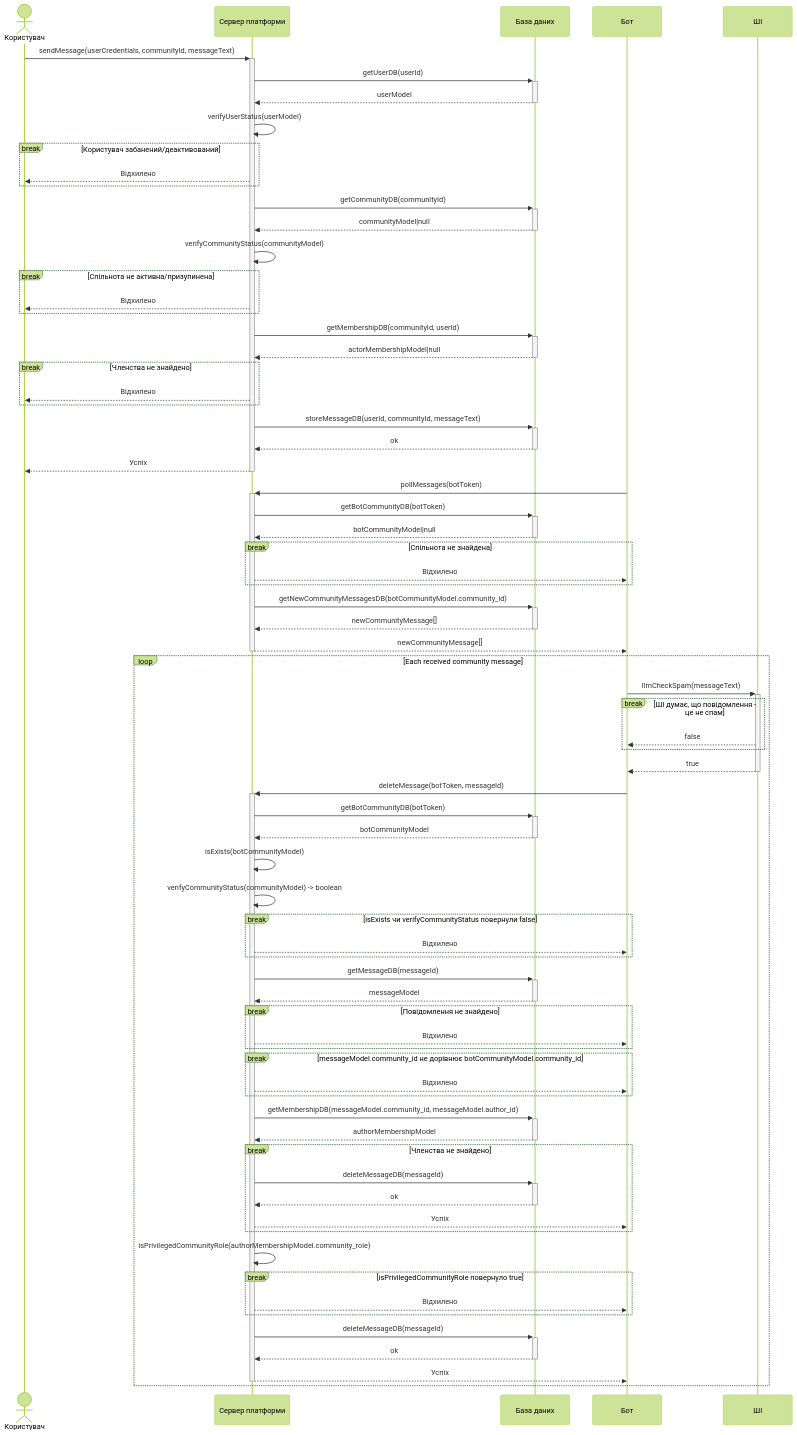
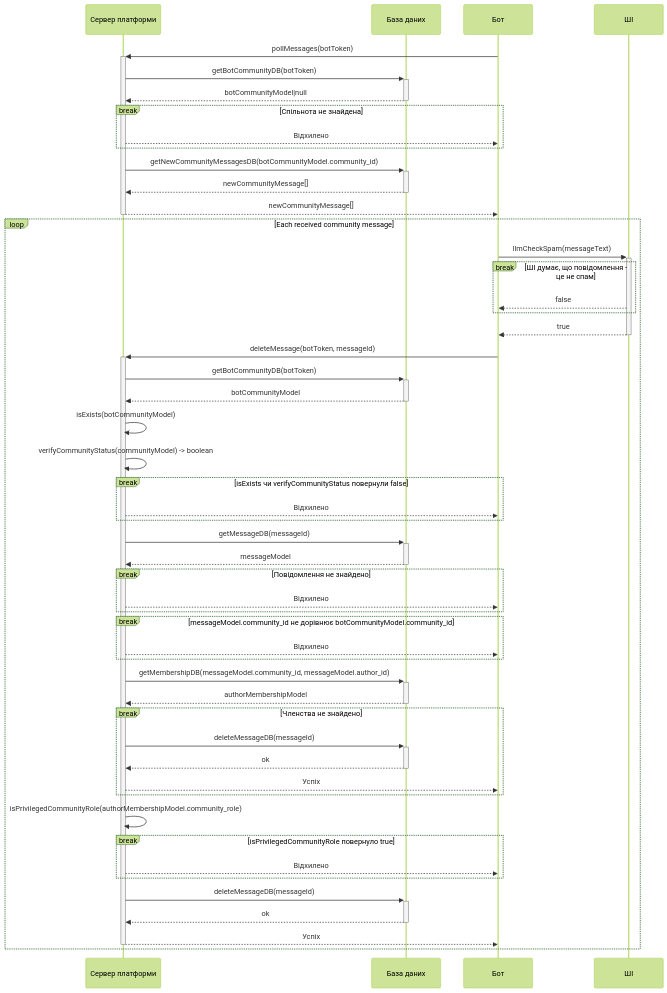
Before and after one commit to devl0g/KPI_lab3: the diagram in models/sequences/us3.mmd, drawn with Mermaid (forest theme). The commit also changed 1 other file, not shown here.

Commit message:
fix: sequence diagram beyond us3

```diff
--- a/models/sequences/us3.mmd
+++ b/models/sequences/us3.mmd
@@ -1,95 +1,66 @@
 sequenceDiagram
-  actor User as Користувач
   participant Server as Сервер платформи
   participant DB as База даних
   participant Bot as Бот
   participant LLM as ШІ
   
-  User->>+Server: sendMessage(userCredentials, communityId, messageText)
-  Server->>+DB: getUserDB(userId)
-  DB-->>-Server: userModel
-  Server->>Server: verifyUserStatus(userModel)
-
-  break Користувач забанений/деактивований
-    Server-->>User: Відхилено
-  end
-
-  Server->>+DB: getCommunityDB(communityId)
-  DB-->>-Server: communityModel|null
-  Server->>Server: verifyCommunityStatus(communityModel)
-
-  break Спільнота не активна/призупинена
-    Server-->>User: Відхилено
-  end
-
-  Server->>+DB: getMembershipDB(communityId, userId)
-  DB-->>-Server: actorMembershipModel|null
-
-  break Членства не знайдено
-    Server-->>User: Відхилено
-  end
-
-  Server->>+DB: storeMessageDB(userId, communityId, messageText)
-  DB-->>-Server: ok
-  Server-->>-User: Успіх
-
   Bot->>+Server: pollMessages(botToken)
   Server->>+DB: getBotCommunityDB(botToken)
   DB-->>-Server: botCommunityModel|null
 
   break Спільнота не знайдена
     Server-->>Bot: Відхилено
   end
 
   Server->>+DB: getNewCommunityMessagesDB(botCommunityModel.community_id)
   DB-->>-Server: newCommunityMessage[]
   Server-->>-Bot: newCommunityMessage[]
 
   loop Each received community message
     Bot->>+LLM: llmCheckSpam(messageText)
     break ШІ думає, що повідомлення - це не спам
       LLM-->>Bot: false
     end
 
     LLM-->>-Bot: true
     Bot->>+Server: deleteMessage(botToken, messageId)
     Server->>+DB: getBotCommunityDB(botToken)
     DB-->>-Server: botCommunityModel
     Server->>Server: isExists(botCommunityModel)
     Server->>Server: verifyCommunityStatus(communityModel) -> boolean
 
     break isExists чи verifyCommunityStatus повернули false
       Server-->>Bot: Відхилено
     end
 
     Server->>+DB: getMessageDB(messageId)
     DB-->>-Server: messageModel
 
     break Повідомлення не знайдено
       Server-->>Bot: Відхилено
     end
 
     break messageModel.community_id не дорівнює botCommunityModel.community_id
       Server-->>Bot: Відхилено
     end
 
     Server->>+DB: getMembershipDB(messageModel.community_id, messageModel.author_id)
     DB-->>-Server: authorMembershipModel
 
     break Членства не знайдено
       Server->>+DB: deleteMessageDB(messageId)
       DB-->>-Server: ok
       Server-->>Bot: Успіх
     end
 
     Server->>Server: isPrivilegedCommunityRole(authorMembershipModel.community_role)
 
     break isPrivilegedCommunityRole повернуло true
       Server-->>Bot: Відхилено
     end
 
     Server->>+DB: deleteMessageDB(messageId)
     DB-->>-Server: ok
     Server-->>-Bot: Успіх
 
   end
```
